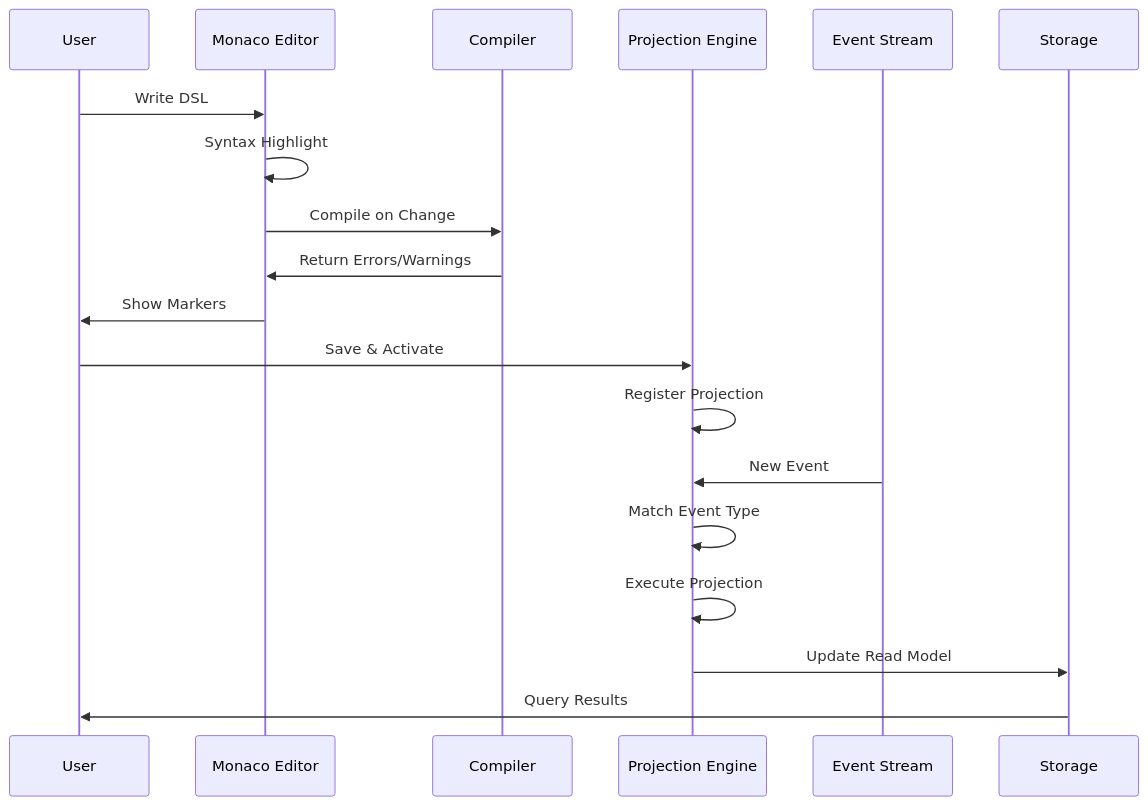
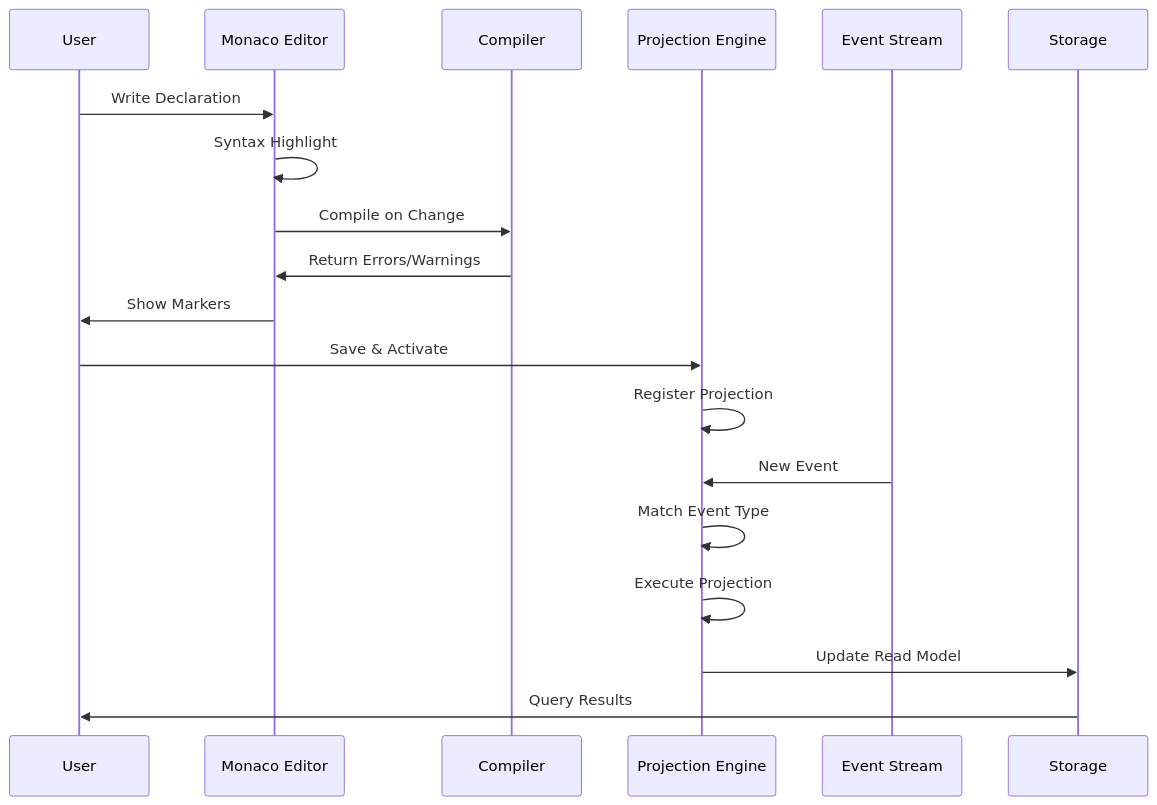
Before and after one commit to Cratis/Chronicle: the third of 3 diagrams in Documentation/projections/architecture.md, drawn with Mermaid. The commit also changed other lines of this file and 145 other files, not shown here.

Commit message:
Switching to declaration for our PDL (DSL) consistently

````diff
--- a/Documentation/projections/architecture.md
+++ b/Documentation/projections/architecture.md
@@ -228,24 +228,24 @@
 ```mermaid
 sequenceDiagram
     participant User
     participant Editor as Monaco Editor
     participant Compiler
     participant Engine as Projection Engine
     participant Events as Event Stream
     participant Storage
 
-    User->>Editor: Write DSL
+    User->>Editor: Write Declaration
     Editor->>Editor: Syntax Highlight
     Editor->>Compiler: Compile on Change
     Compiler->>Editor: Return Errors/Warnings
     Editor->>User: Show Markers
 
     User->>Engine: Save & Activate
     Engine->>Engine: Register Projection
 
     Events->>Engine: New Event
     Engine->>Engine: Match Event Type
     Engine->>Engine: Execute Projection
     Engine->>Storage: Update Read Model
     Storage->>User: Query Results
 ```
````
